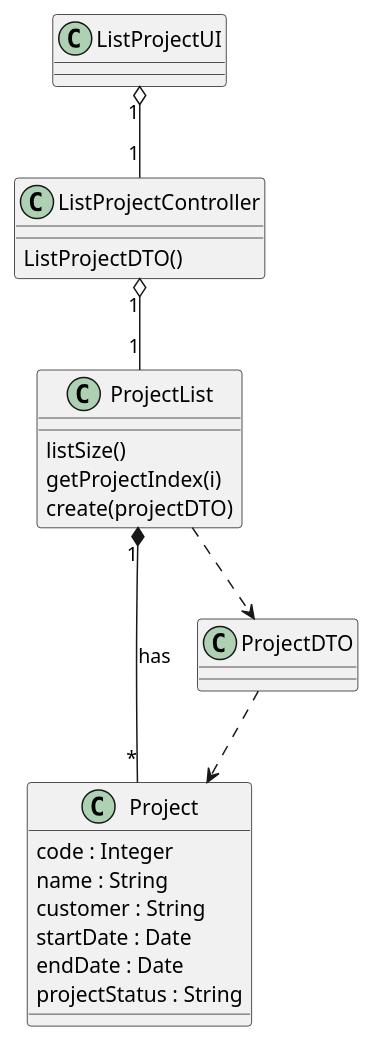
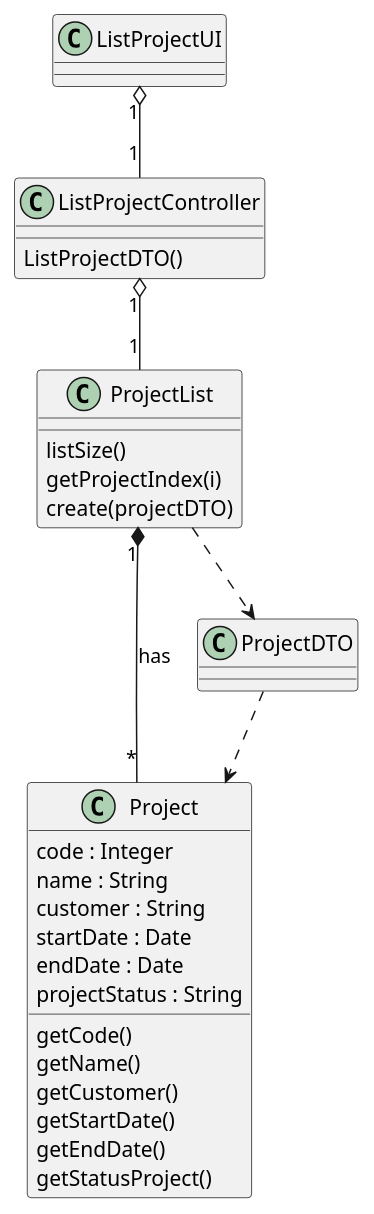
One commit to ivo-menezes/project_g3 changed the diagram in docs/modelling_design/user_stories/us015/US015_ListAllProjectsCD.puml. Above: the diagram before and after it, drawn with PlantUML. The commit also changed 1 other file, not shown here.

```diff
--- a/docs/modelling_design/user_stories/us015/US015_ListAllProjectsCD.puml
+++ b/docs/modelling_design/user_stories/us015/US015_ListAllProjectsCD.puml
@@ -1,35 +1,41 @@
 @startuml
 
 class ListProjectUI {}
 
 class ListProjectController{
 ListProjectDTO()
 }
 
 
 class Project {
 code : Integer
 name : String
 customer : String
 startDate : Date
 endDate : Date
 projectStatus : String
+getCode()
+getName()
+getCustomer()
+getStartDate()
+getEndDate()
+getStatusProject()
 }
 
 class ProjectList {
 listSize()
 getProjectIndex(i)
 create(projectDTO)
 }
 
 class ProjectDTO {
 
 }
 
 ProjectList "1" *-- "*" Project : has
 ListProjectController "1" o-- "1" ProjectList
 ListProjectUI "1" o-- "1" ListProjectController
 ProjectList ..> ProjectDTO
 ProjectDTO ..> Project
 
 @enduml
```
